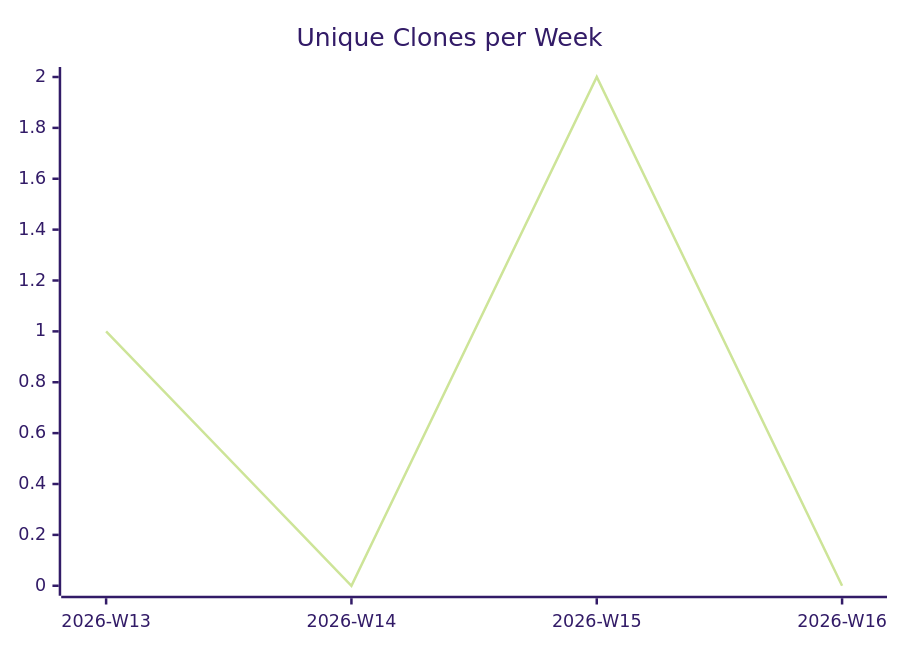
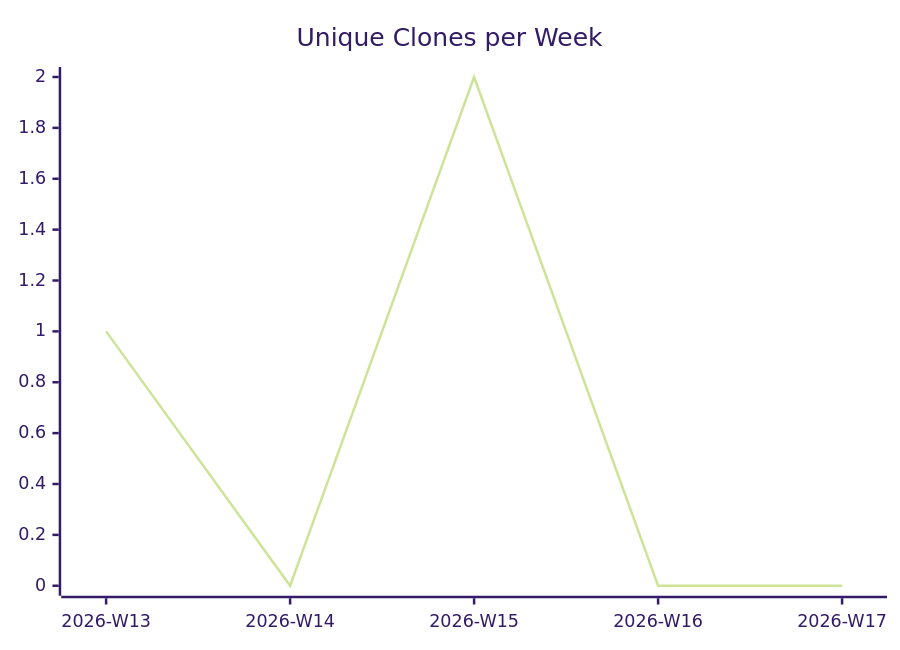
Before and after one commit to justdavis-family/github-analytics-data: the third of 3 diagrams in karlmdavis/puppet-archive/README.md, drawn with Mermaid (forest theme). The commit also changed other lines of this file and 198 other files, not shown here.

````diff
--- a/karlmdavis/puppet-archive/README.md
+++ b/karlmdavis/puppet-archive/README.md
@@ -19,6 +19,6 @@
 ```mermaid
 xychart-beta
   title "Unique Clones per Week"
-  x-axis ["2026-W13", "2026-W14", "2026-W15", "2026-W16"]
-  line [1, 0, 2, 0]
+  x-axis ["2026-W13", "2026-W14", "2026-W15", "2026-W16", "2026-W17"]
+  line [1, 0, 2, 0, 0]
 ```
````
